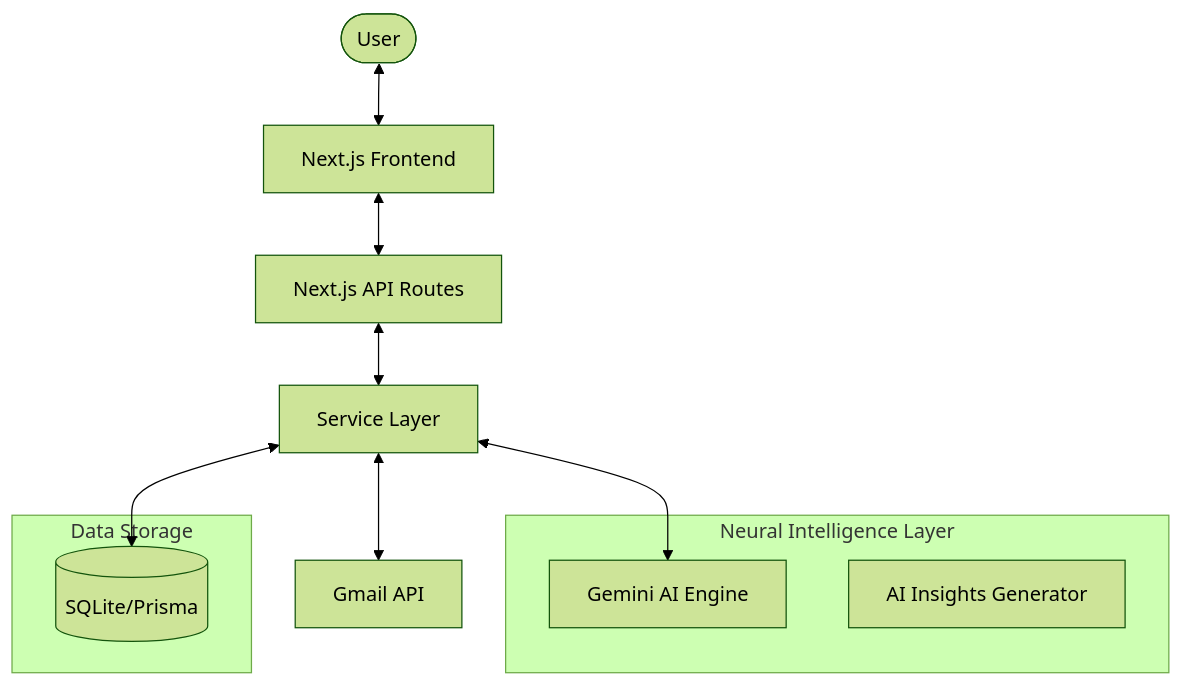
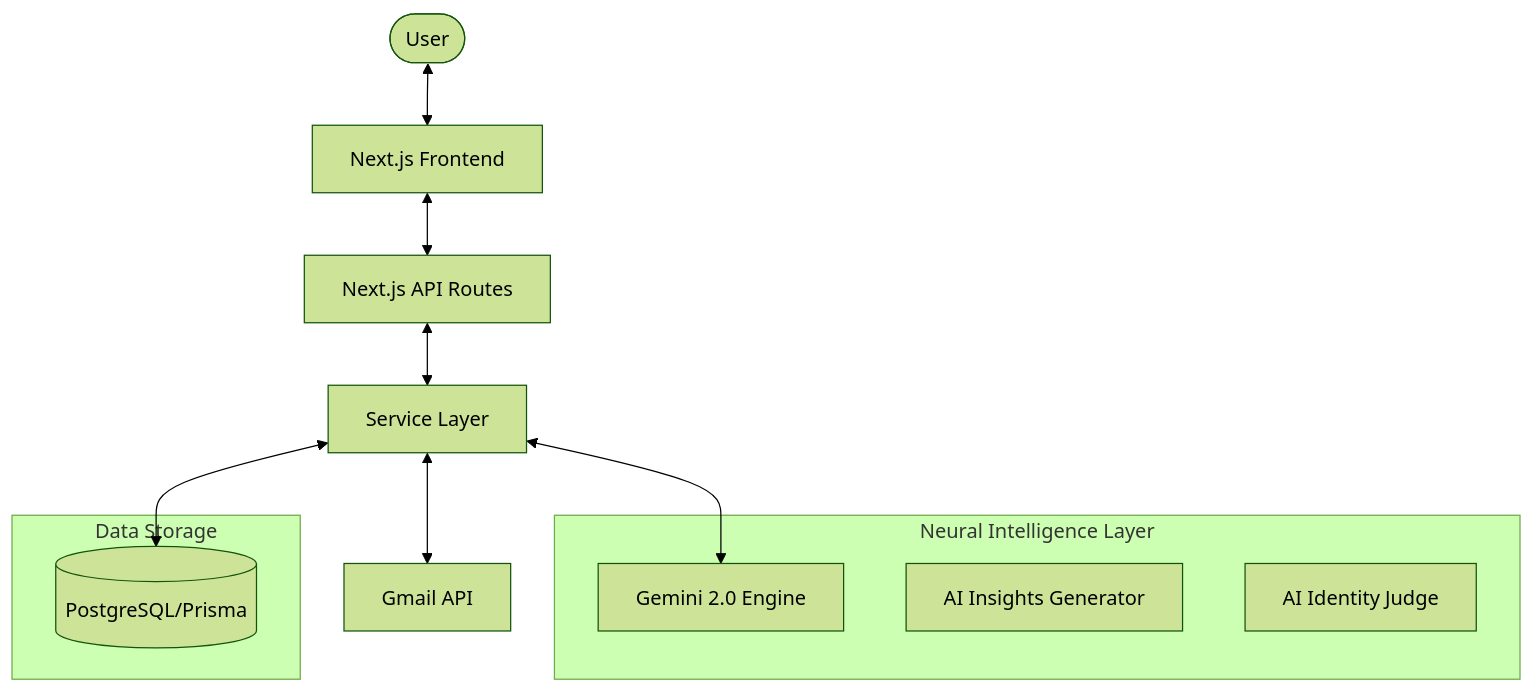
Before and after one commit to laadtushar/job-hunt-dashboard: the first of 3 diagrams in ARCHITECTURE.md, drawn with Mermaid (forest theme). The commit also changed other lines of this file and 3 other files, not shown here.

Commit message:
docs: update architecture diagrams and add smart consolidation screenshot

````diff
--- a/ARCHITECTURE.md
+++ b/ARCHITECTURE.md
@@ -7,18 +7,19 @@
 ```mermaid
 graph TD
     User([User]) <--> Frontend[Next.js Frontend]
     Frontend <--> API[Next.js API Routes]
     API <--> Services[Service Layer]
-    Services <--> Database[(SQLite/Prisma)]
+    Services <--> Database[(PostgreSQL/Prisma)]
     Services <--> GmailAPI[Gmail API]
-    Services <--> AI[Gemini AI Engine]
+    Services <--> AI[Gemini 2.0 Engine]
     
     subgraph "Neural Intelligence Layer"
         AI
         Insights[AI Insights Generator]
+        Judge[AI Identity Judge]
     end
     
     subgraph "Data Storage"
         Database
     end
 ```
````
